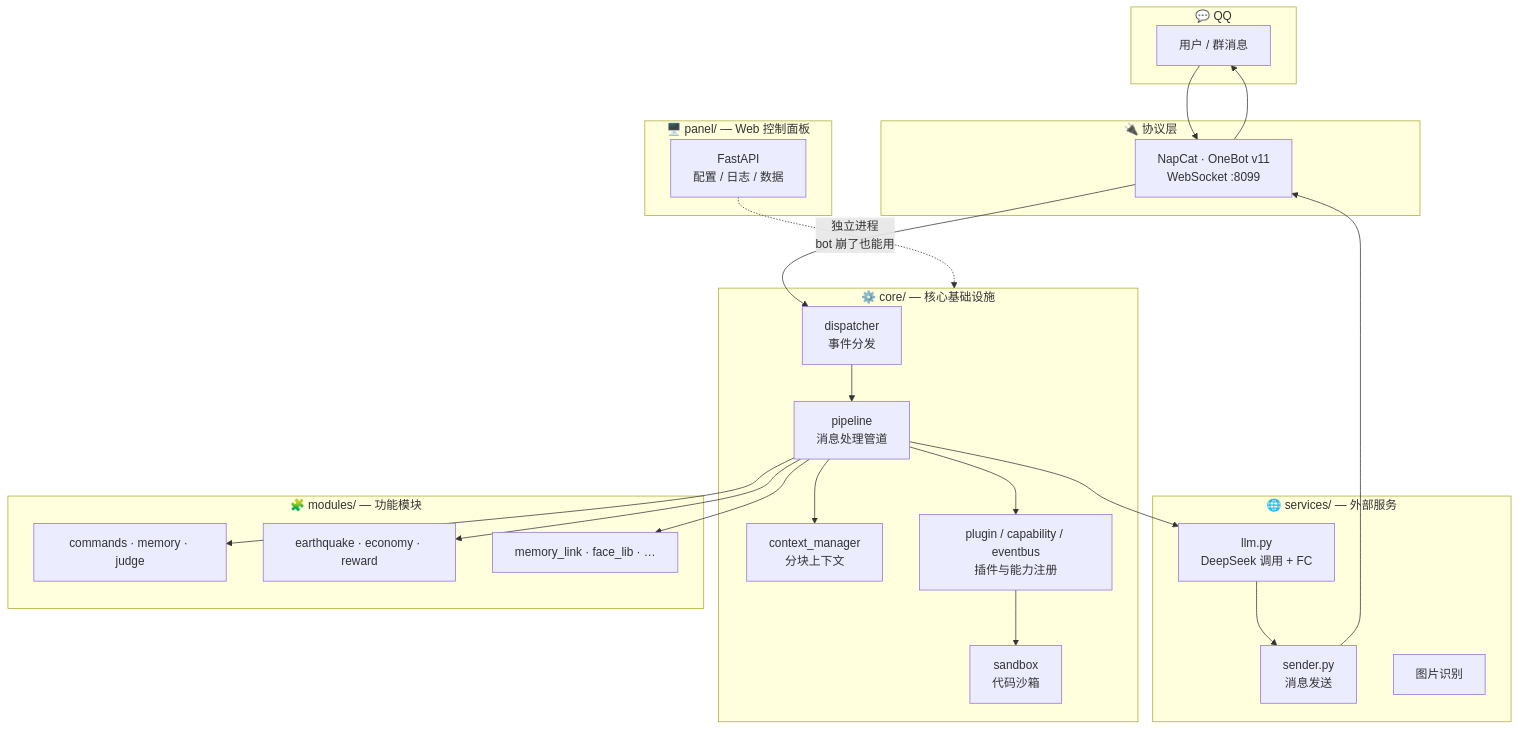
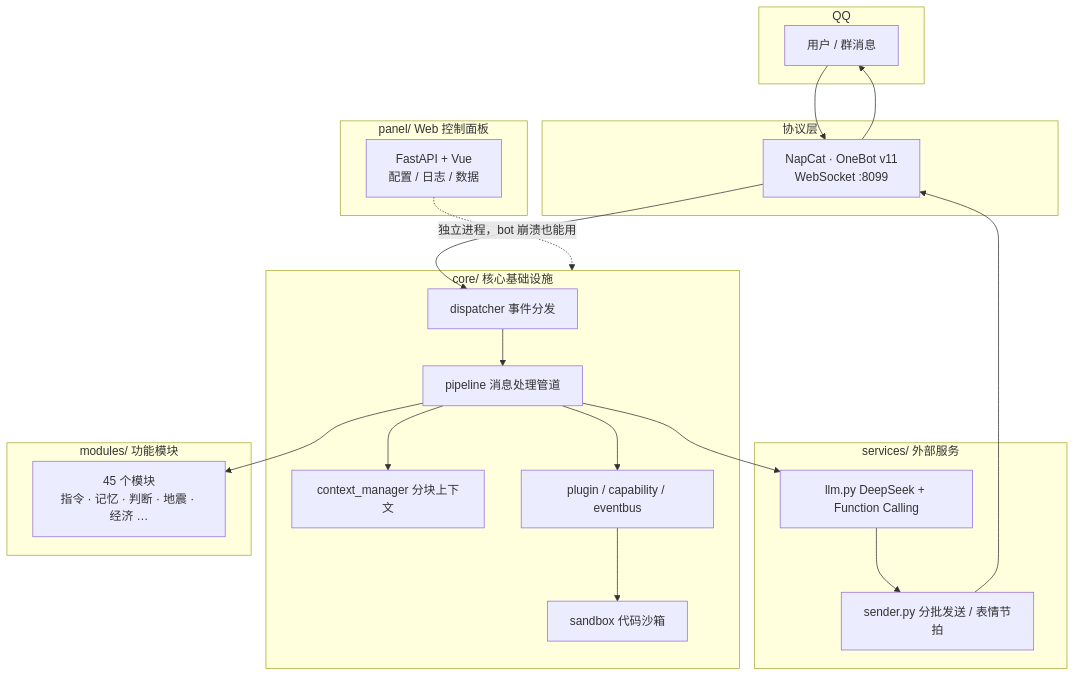
The first of 4 diagrams in README.md (Trusler258/huanmeng-qqbot), drawn with Mermaid before and after one commit. The commit also changed other lines of this file and 2 other files, not shown here.

First line of the commit message:
docs: README 去 emoji 重排 + 更正声明 + 社交预览图

````diff
--- a/README.md
+++ b/README.md
@@ -123,44 +113,41 @@
 ```mermaid
 flowchart TB
-    subgraph Client["💬 QQ"]
+    subgraph Client["QQ"]
         U["用户 / 群消息"]
     end
 
-    subgraph Adapter["🔌 协议层"]
+    subgraph Adapter["协议层"]
         NC["NapCat · OneBot v11<br/>WebSocket :8099"]
     end
 
-    subgraph Core["⚙️ core/ — 核心基础设施"]
-        D["dispatcher<br/>事件分发"]
-        P["pipeline<br/>消息处理管道"]
-        C["context_manager<br/>分块上下文"]
-        PL["plugin / capability / eventbus<br/>插件与能力注册"]
-        SB["sandbox<br/>代码沙箱"]
+    subgraph Core["core/ 核心基础设施"]
+        D["dispatcher 事件分发"]
+        P["pipeline 消息处理管道"]
+        C["context_manager 分块上下文"]
+        PL["plugin / capability / eventbus"]
+        SB["sandbox 代码沙箱"]
     end
 
-    subgraph Svc["🌐 services/ — 外部服务"]
-        L["llm.py<br/>DeepSeek 调用 + FC"]
-        S["sender.py<br/>消息发送"]
-        V["图片识别"]
+    subgraph Svc["services/ 外部服务"]
+        L["llm.py DeepSeek + Function Calling"]
+        S["sender.py 分批发送 / 表情节拍"]
     end
 
-    subgraph Mod["🧩 modules/ — 功能模块"]
-        M1["commands · memory · judge"]
-        M2["earthquake · economy · reward"]
-        M3["memory_link · face_lib · …"]
+    subgraph Mod["modules/ 功能模块"]
+        M["45 个模块<br/>指令 · 记忆 · 判断 · 地震 · 经济 …"]
     end
 
-    subgraph Panel["🖥️ panel/ — Web 控制面板"]
-        PA["FastAPI<br/>配置 / 日志 / 数据"]
+    subgraph Panel["panel/ Web 控制面板"]
+        PA["FastAPI + Vue<br/>配置 / 日志 / 数据"]
     end
 
     U --> NC --> D --> P
     P --> C
     P --> L
     P --> PL
-    P --> M1 & M2 & M3
+    P --> M
     L --> S
     PL --> SB
     S --> NC --> U
-    PA -.->|"独立进程<br/>bot 崩了也能用"| Core
+    PA -. "独立进程，bot 崩溃也能用" .-> Core
 ```
````
